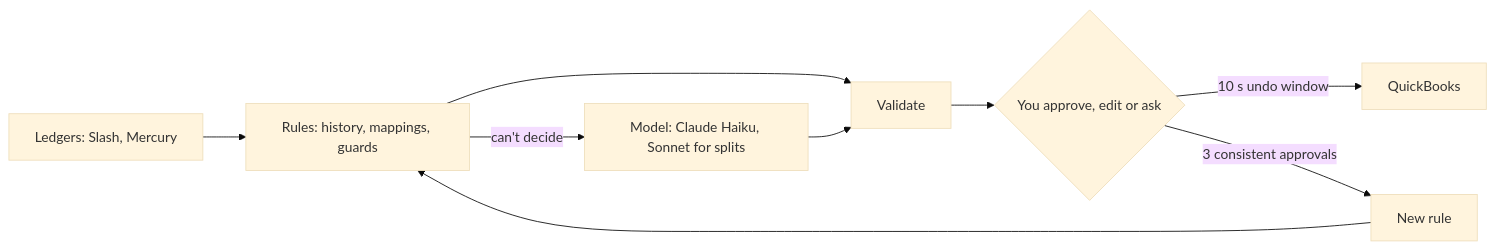
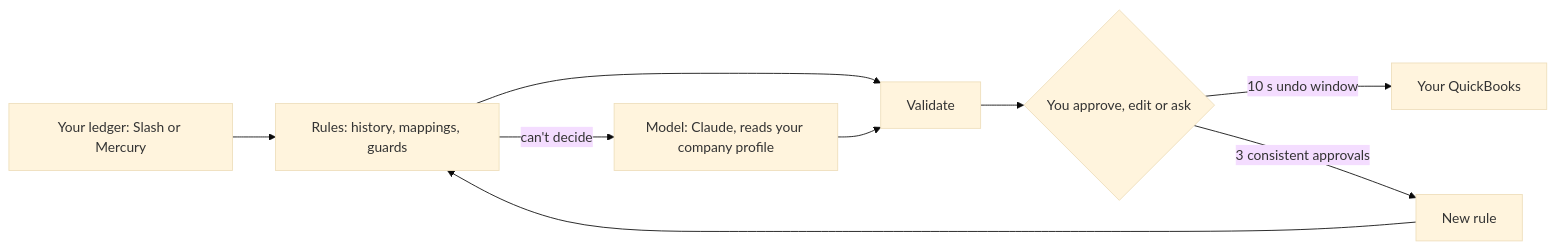
The diagram in README.md (MAKaminski/svelte-accounting-agent), drawn with Mermaid (base theme) before and after one commit. The commit also changed other lines of this file and 59 other files, not shown here.

````diff
--- a/README.md
+++ b/README.md
@@ -22,11 +42,11 @@
 ```mermaid
 flowchart LR
-  L[Ledgers: Slash, Mercury] --> R[Rules: history, mappings, guards]
-  R -->|can't decide| M[Model: Claude Haiku, Sonnet for splits]
+  L[Your ledger: Slash or Mercury] --> R[Rules: history, mappings, guards]
+  R -->|can't decide| M[Model: Claude, reads your company profile]
   R --> V[Validate]
   M --> V
   V --> H{You approve, edit or ask}
-  H -->|10 s undo window| Q[QuickBooks]
+  H -->|10 s undo window| Q[Your QuickBooks]
   H -->|3 consistent approvals| N[New rule]
   N --> R
 ```
````
